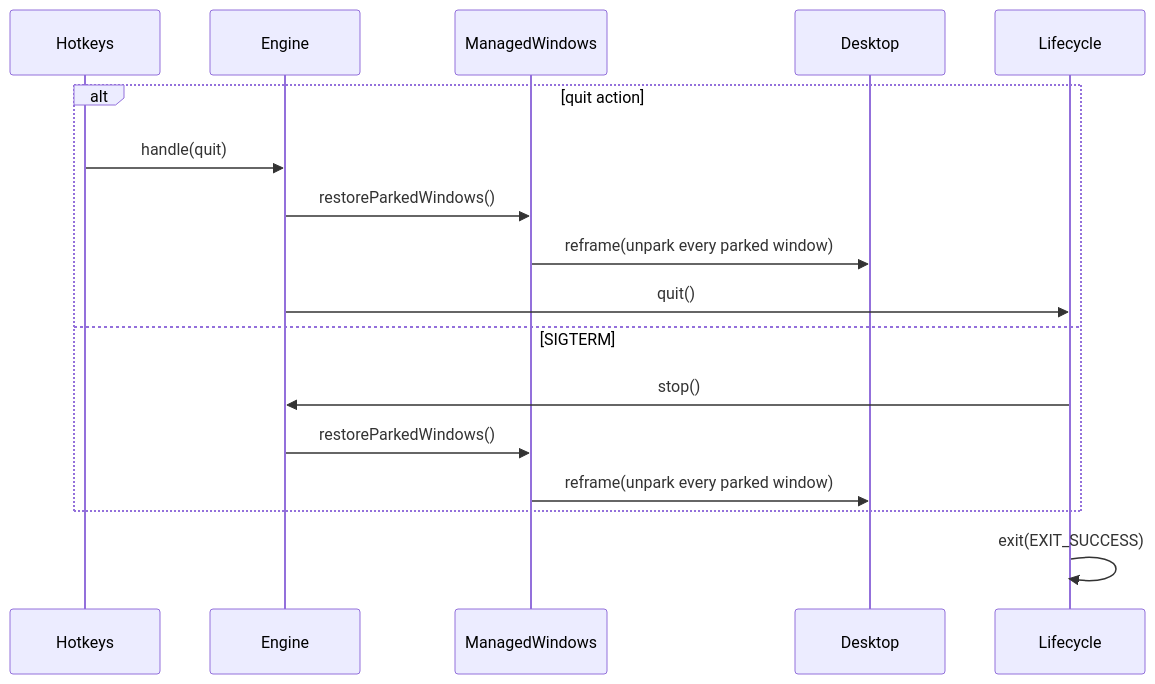
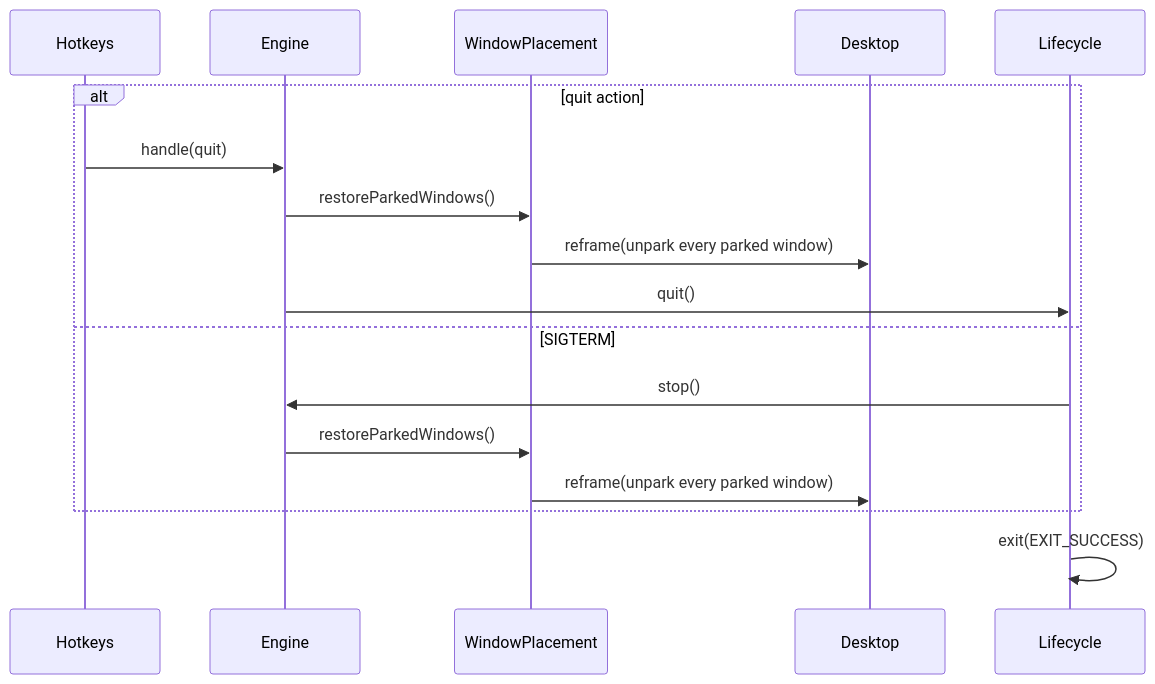
Before and after one commit to brennovich/ottowm: diagram 15 of 19 in ARCHITECTURE.md, drawn with Mermaid. The commit also changed other lines of this file and 11 other files, not shown here.

First line of the commit message:
Rename ManagedWindows to WindowPlacement

````diff
--- a/ARCHITECTURE.md
+++ b/ARCHITECTURE.md
@@ -377,14 +377,14 @@
 ```mermaid
 sequenceDiagram
     alt quit action
         Hotkeys->>Engine: handle(quit)
-        Engine->>ManagedWindows: restoreParkedWindows()
-        ManagedWindows->>Desktop: reframe(unpark every parked window)
+        Engine->>WindowPlacement: restoreParkedWindows()
+        WindowPlacement->>Desktop: reframe(unpark every parked window)
         Engine->>Lifecycle: quit()
     else SIGTERM
         Lifecycle->>Engine: stop()
-        Engine->>ManagedWindows: restoreParkedWindows()
-        ManagedWindows->>Desktop: reframe(unpark every parked window)
+        Engine->>WindowPlacement: restoreParkedWindows()
+        WindowPlacement->>Desktop: reframe(unpark every parked window)
     end
     Lifecycle->>Lifecycle: exit(EXIT_SUCCESS)
 ```
````
